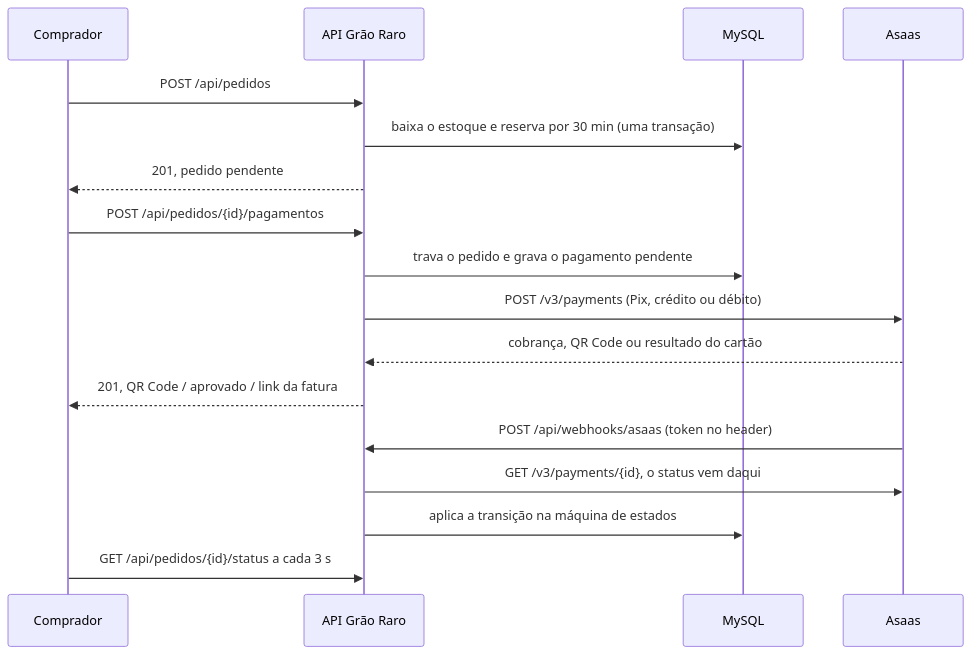
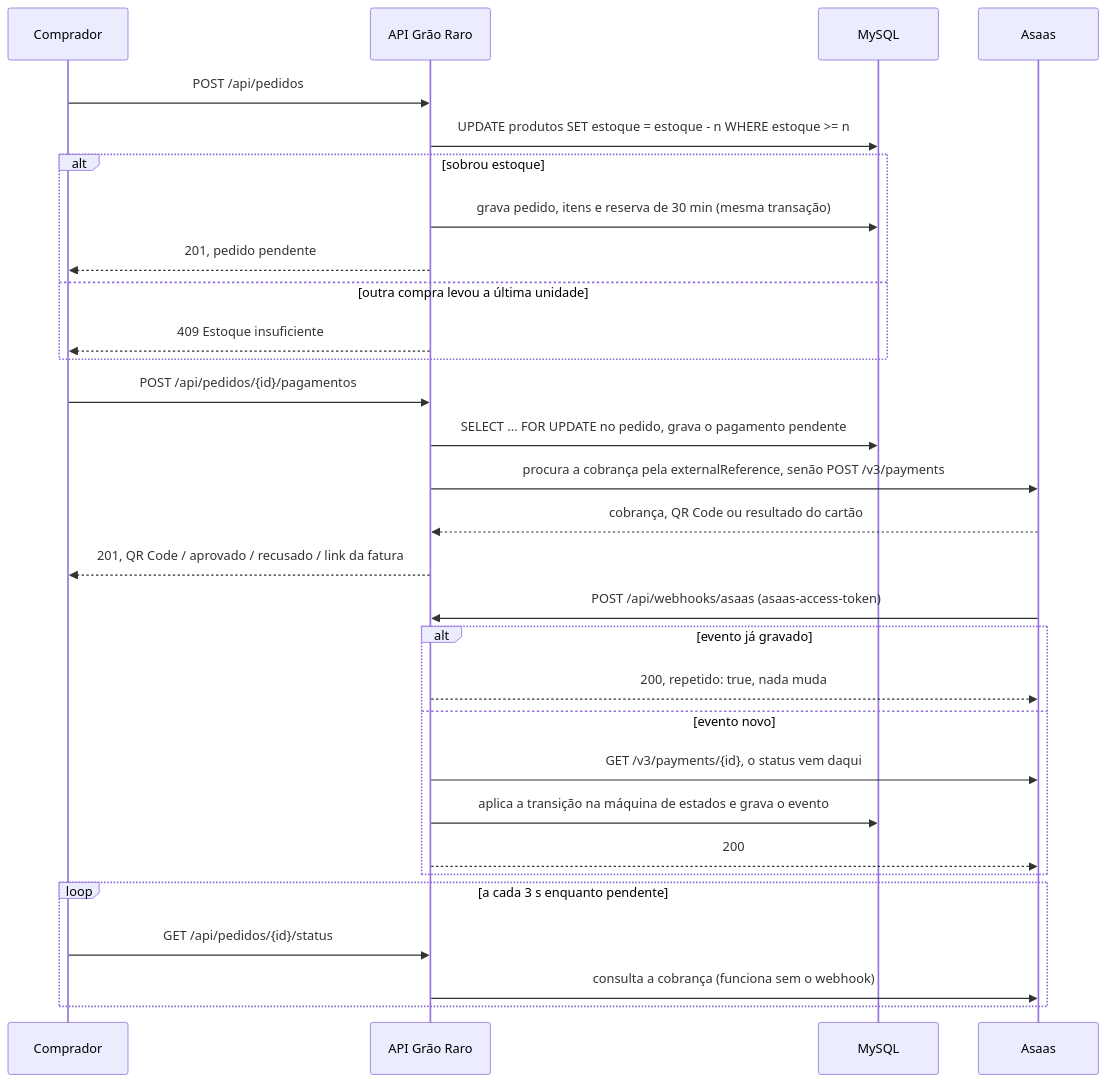
Before and after one commit to PeSzpak/grao-raro: the first of 3 diagrams in README.md, drawn with Mermaid. The commit also changed other lines of this file, not shown here.

Commit message:
docs(readme): diagramas do pagamento, dos status e do banco, variáveis de ambiente e guia da API

````diff
--- a/README.md
+++ b/README.md
@@ -23,20 +41,36 @@
 ```mermaid
 sequenceDiagram
     participant C as Comprador
     participant A as API Grão Raro
     participant D as MySQL
     participant S as Asaas
 
     C->>A: POST /api/pedidos
-    A->>D: baixa o estoque e reserva por 30 min (uma transação)
-    A-->>C: 201, pedido pendente
+    A->>D: UPDATE produtos SET estoque = estoque - n WHERE estoque >= n
+    alt sobrou estoque
+        A->>D: grava pedido, itens e reserva de 30 min (mesma transação)
+        A-->>C: 201, pedido pendente
+    else outra compra levou a última unidade
+        A-->>C: 409 Estoque insuficiente
+    end
+
     C->>A: POST /api/pedidos/{id}/pagamentos
-    A->>D: trava o pedido e grava o pagamento pendente
-    A->>S: POST /v3/payments (Pix, crédito ou débito)
+    A->>D: SELECT ... FOR UPDATE no pedido, grava o pagamento pendente
+    A->>S: procura a cobrança pela externalReference, senão POST /v3/payments
     S-->>A: cobrança, QR Code ou resultado do cartão
-    A-->>C: 201, QR Code / aprovado / link da fatura
-    S->>A: POST /api/webhooks/asaas (token no header)
-    A->>S: GET /v3/payments/{id}, o status vem daqui
-    A->>D: aplica a transição na máquina de estados
-    C->>A: GET /api/pedidos/{id}/status a cada 3 s
+    A-->>C: 201, QR Code / aprovado / recusado / link da fatura
+
+    S->>A: POST /api/webhooks/asaas (asaas-access-token)
+    alt evento já gravado
+        A-->>S: 200, repetido: true, nada muda
+    else evento novo
+        A->>S: GET /v3/payments/{id}, o status vem daqui
+        A->>D: aplica a transição na máquina de estados e grava o evento
+        A-->>S: 200
+    end
+
+    loop a cada 3 s enquanto pendente
+        C->>A: GET /api/pedidos/{id}/status
+        A->>S: consulta a cobrança (funciona sem o webhook)
+    end
 ```
````
